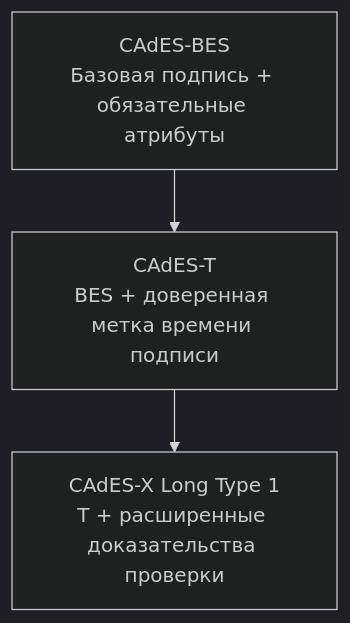
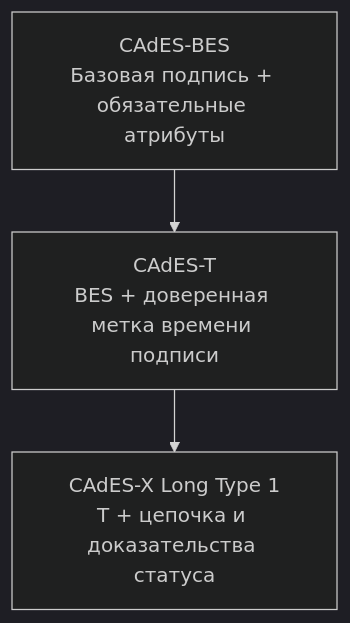
The diagram in docs/CADES_PROFILES.md (denis-aka-wolf/medialog_sign_cryptopro), drawn with Mermaid (dark theme) before and after one commit. The commit also changed other lines of this file, not shown here.

Commit message:
docs: specify CryptoPro CAdES enhancement pipeline

````diff
--- a/docs/CADES_PROFILES.md
+++ b/docs/CADES_PROFILES.md
@@ -9,7 +9,7 @@
 ```mermaid
 flowchart TB
     BES["CAdES-BES<br/>Базовая подпись + обязательные атрибуты"]
     T["CAdES-T<br/>BES + доверенная метка времени подписи"]
-    XL["CAdES-X Long Type 1<br/>T + расширенные доказательства проверки"]
+    XL["CAdES-X Long Type 1<br/>T + цепочка и доказательства статуса"]
     BES --> T --> XL
 ```
````
